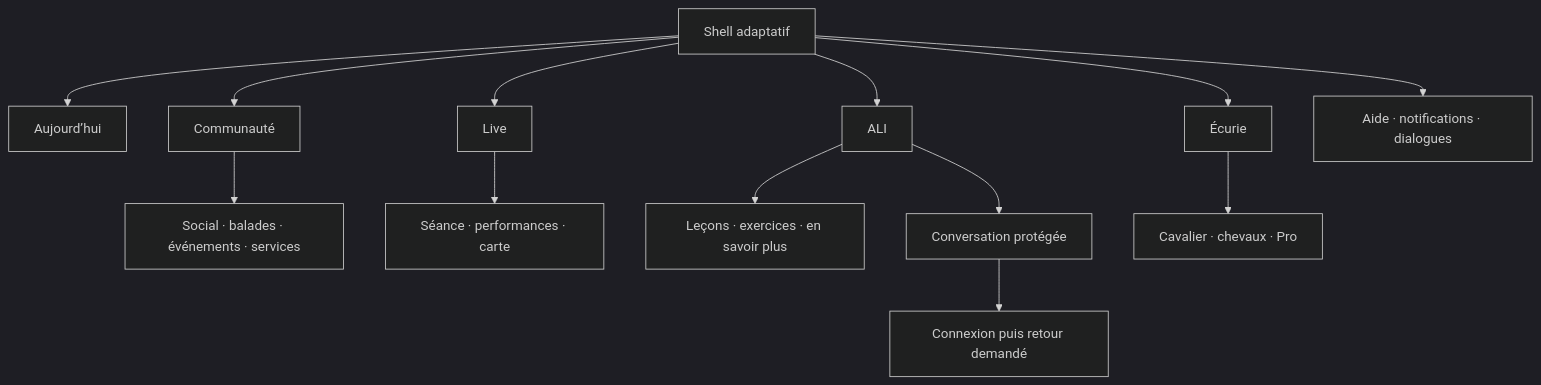
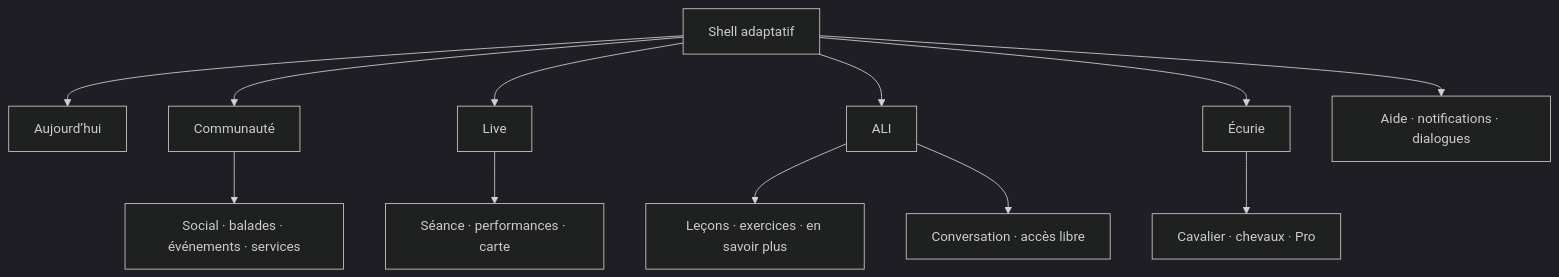
Before and after one commit to aurelesmartorder/Newridebis: the diagram in apps/newride-v2/docs/ARCHITECTURE_NAVIGATION.md, drawn with Mermaid (dark theme). The commit also changed other lines of this file and 20 other files, not shown here.

````diff
--- a/apps/newride-v2/docs/ARCHITECTURE_NAVIGATION.md
+++ b/apps/newride-v2/docs/ARCHITECTURE_NAVIGATION.md
@@ -5,15 +5,14 @@
 ```mermaid
 flowchart TD
  Root["Shell adaptatif"] --> Today["Aujourd’hui"]
  Root --> Community["Communauté"]
  Root --> Live["Live"]
  Root --> Ali["ALI"]
  Root --> Stable["Écurie"]
  Community --> Discover["Social · balades · événements · services"]
  Live --> Activity["Séance · performances · carte"]
  Ali --> Learn["Leçons · exercices · en savoir plus"]
- Ali --> Guard["Conversation protégée"]
- Guard --> Login["Connexion puis retour demandé"]
+ Ali --> Voice["Conversation · accès libre"]
  Stable --> Personal["Cavalier · chevaux · Pro"]
  Root --> Modals["Aide · notifications · dialogues"]
 ```
````
